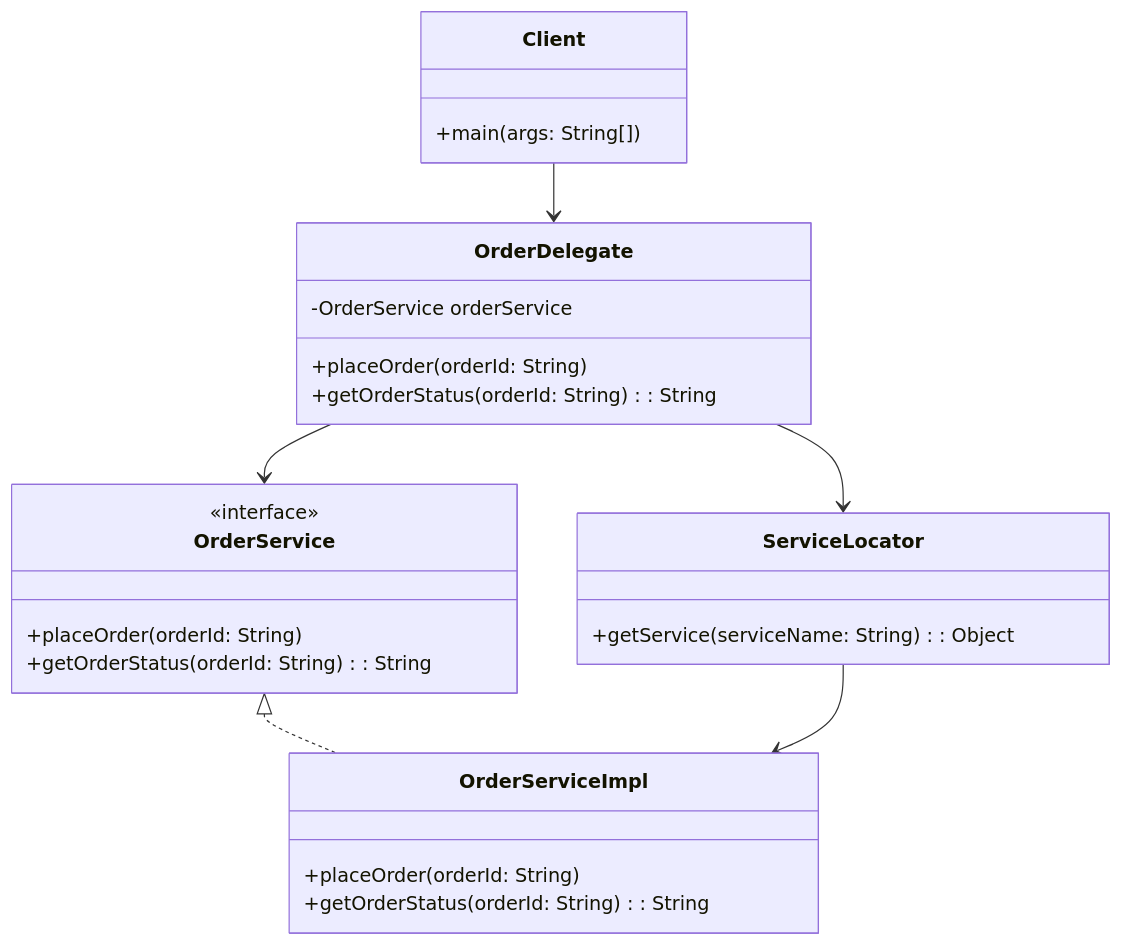
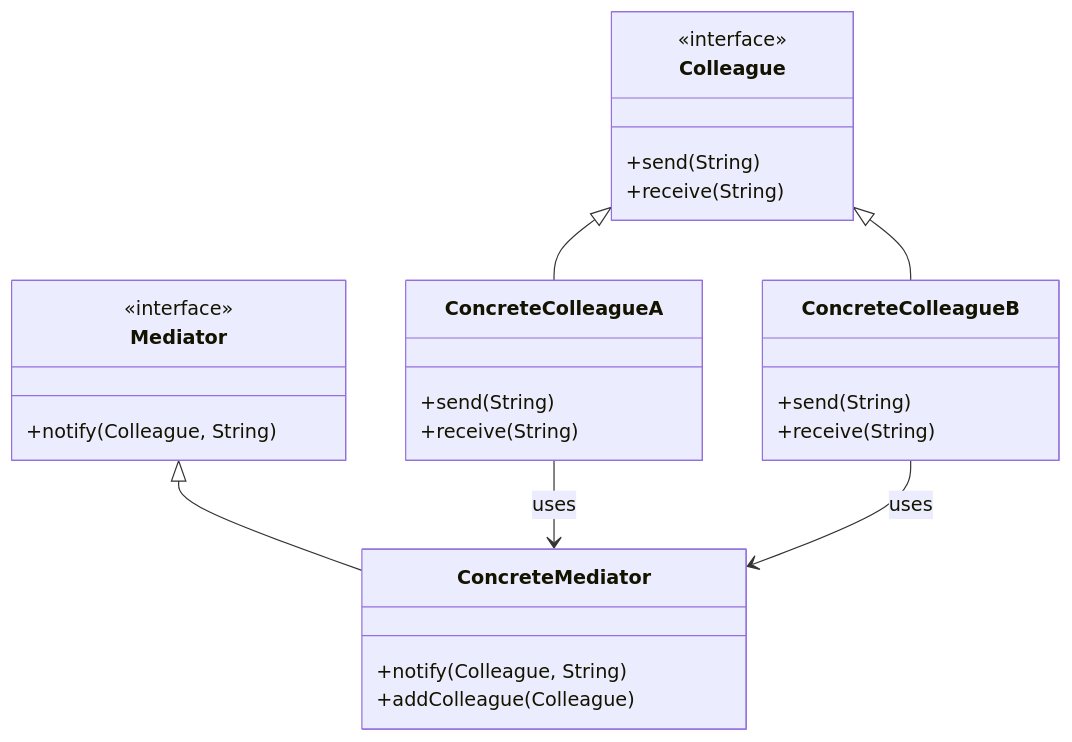
Before and after one commit to MasteryEducation/SoftwarePatternsLexicon.com: the diagram in content/patterns-java/8/6/1/index.md, drawn with Mermaid. The commit also changed other lines of this file and 883 other files, not shown here.

````diff
--- a/content/patterns-java/8/6/1/index.md
+++ b/content/patterns-java/8/6/1/index.md
@@ -170,29 +44,34 @@
 ```mermaid
 classDiagram
-    class Client {
-        +main(args: String[])
-    }
-    class OrderDelegate {
-        -OrderService orderService
-        +placeOrder(orderId: String)
-        +getOrderStatus(orderId: String): String
-    }
-    class OrderService {
+    class Mediator {
         <<interface>>
-        +placeOrder(orderId: String)
-        +getOrderStatus(orderId: String): String
-    }
-    class OrderServiceImpl {
-        +placeOrder(orderId: String)
-        +getOrderStatus(orderId: String): String
-    }
-    class ServiceLocator {
-        +getService(serviceName: String): Object
+        +notify(Colleague, String)
     }
 
-    Client --> OrderDelegate
-    OrderDelegate --> OrderService
-    OrderService <|.. OrderServiceImpl
-    OrderDelegate --> ServiceLocator
-    ServiceLocator --> OrderServiceImpl
+    class ConcreteMediator {
+        +notify(Colleague, String)
+        +addColleague(Colleague)
+    }
+
+    class Colleague {
+        <<interface>>
+        +send(String)
+        +receive(String)
+    }
+
+    class ConcreteColleagueA {
+        +send(String)
+        +receive(String)
+    }
+
+    class ConcreteColleagueB {
+        +send(String)
+        +receive(String)
+    }
+
+    Mediator <|-- ConcreteMediator
+    Colleague <|-- ConcreteColleagueA
+    Colleague <|-- ConcreteColleagueB
+    ConcreteColleagueA --> ConcreteMediator : uses
+    ConcreteColleagueB --> ConcreteMediator : uses
 ```
````
